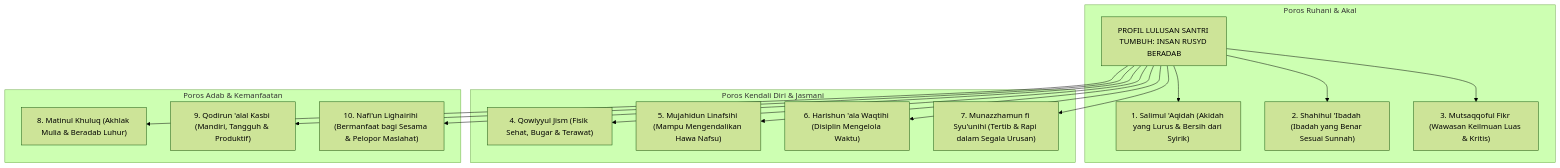
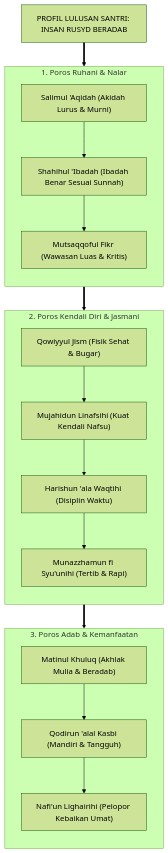
One commit to wandiapriliyandi/tumbuh changed the third of 5 diagrams in BOOK Series 1/01-The-Fundamental-of-TUMBUH/Bab-10-Kerangka-Struktur-Model-Inti-TUMBUH.md. Above: the diagram before and after it, drawn with Mermaid (forest theme). The commit also changed other lines of this file and 35 other files, not shown here.

Commit message:
fix(book-01): optimasi keterbacaan diagram mermaid pada seluruh bab dan perbarui 20 file PDF

````diff
--- a/BOOK Series 1/01-The-Fundamental-of-TUMBUH/Bab-10-Kerangka-Struktur-Model-Inti-TUMBUH.md
+++ b/BOOK Series 1/01-The-Fundamental-of-TUMBUH/Bab-10-Kerangka-Struktur-Model-Inti-TUMBUH.md
@@ -89,23 +89,30 @@
 ```mermaid
 graph TD
-    P["PROFIL LULUSAN SANTRI TUMBUH: INSAN RUSYD BERADAB"]
+    P["PROFIL LULUSAN SANTRI: INSAN RUSYD BERADAB"]
     
-    subgraph RANAH_SPIRITUAL["Poros Ruhani & Akal"]
-        P --> K1["1. Salimul 'Aqidah (Akidah yang Lurus & Bersih dari Syirik)"]
-        P --> K2["2. Shahihul 'Ibadah (Ibadah yang Benar Sesuai Sunnah)"]
-        P --> K5["3. Mutsaqqoful Fikr (Wawasan Keilmuan Luas & Kritis)"]
+    subgraph RANAH_SPIRITUAL["1. Poros Ruhani & Nalar"]
+        direction TB
+        K1["Salimul 'Aqidah (Akidah Lurus & Murni)"]
+        --> K2["Shahihul 'Ibadah (Ibadah Benar Sesuai Sunnah)"]
+        --> K5["Mutsaqqoful Fikr (Wawasan Luas & Kritis)"]
     end
     
-    subgraph RANAH_PRIBADI["Poros Kendali Diri & Jasmani"]
-        P --> K4["4. Qowiyyul Jism (Fisik Sehat, Bugar & Terawat)"]
-        P --> K6["5. Mujahidun Linafsihi (Mampu Mengendalikan Hawa Nafsu)"]
-        P --> K7["6. Harishun 'ala Waqtihi (Disiplin Mengelola Waktu)"]
-        P --> K8["7. Munazzhamun fi Syu'unihi (Tertib & Rapi dalam Segala Urusan)"]
+    subgraph RANAH_PRIBADI["2. Poros Kendali Diri & Jasmani"]
+        direction TB
+        K4["Qowiyyul Jism (Fisik Sehat & Bugar)"]
+        --> K6["Mujahidun Linafsihi (Kuat Kendali Nafsu)"]
+        --> K7["Harishun 'ala Waqtihi (Disiplin Waktu)"]
+        --> K8["Munazzhamun fi Syu'unihi (Tertib & Rapi)"]
     end
     
-    subgraph RANAH_SOSIAL["Poros Adab & Kemanfaatan"]
-        P --> K3["8. Matinul Khuluq (Akhlak Mulia & Beradab Luhur)"]
-        P --> K9["9. Qodirun 'alal Kasbi (Mandiri, Tangguh & Produktif)"]
-        P --> K10["10. Nafi'un Lighairihi (Bermanfaat bagi Sesama & Pelopor Maslahat)"]
+    subgraph RANAH_SOSIAL["3. Poros Adab & Kemanfaatan"]
+        direction TB
+        K3["Matinul Khuluq (Akhlak Mulia & Beradab)"]
+        --> K9["Qodirun 'alal Kasbi (Mandiri & Tangguh)"]
+        --> K10["Nafi'un Lighairihi (Pelopor Kebaikan Umat)"]
     end
+
+    P ==> RANAH_SPIRITUAL
+    RANAH_SPIRITUAL ==> RANAH_PRIBADI
+    RANAH_PRIBADI ==> RANAH_SOSIAL
 ```
````
